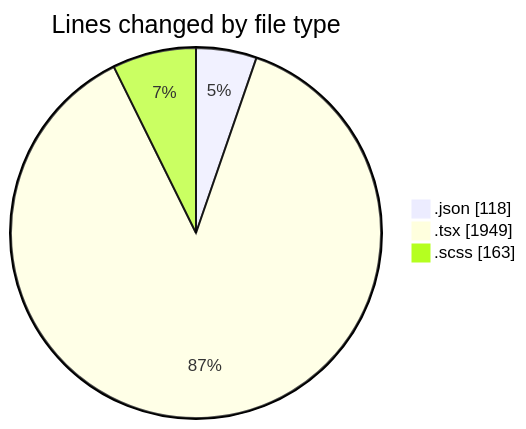
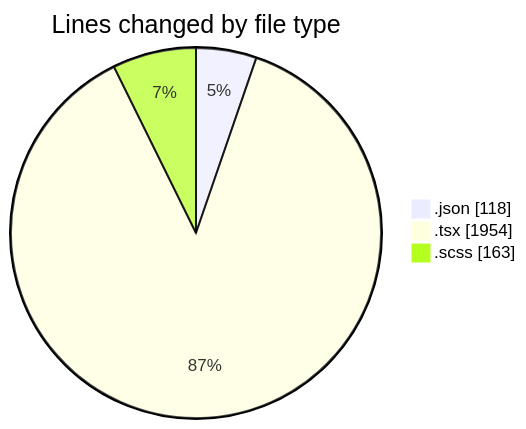
One commit to momahboobian/code-tracking changed the first of 2 diagrams in 2025-11-19/cda/README.md. Above: the diagram before and after it, drawn with Mermaid. The commit also changed other lines of this file and 1 other file, not shown here.

````diff
--- a/2025-11-19/cda/README.md
+++ b/2025-11-19/cda/README.md
@@ -23,7 +23,7 @@
 ```mermaid
 pie showData
 title Lines changed by file type
 ".json" : 118
-".tsx" : 1949
+".tsx" : 1954
 ".scss" : 163
 ```
````
